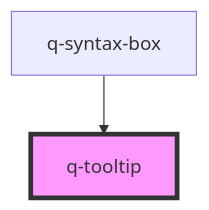
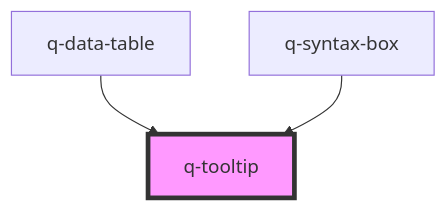
The diagram in src/components/overlays/tooltip/readme.md (XsAndre-L/WebQuark), drawn with Mermaid before and after one commit. The commit also changed other lines of this file and 18 other files, not shown here.

Commit message:
Add data table row actions and sorting

````diff
--- a/src/components/overlays/tooltip/readme.md
+++ b/src/components/overlays/tooltip/readme.md
@@ -24,5 +25,6 @@
 ```mermaid
 graph TD;
+  q-data-table --> q-tooltip
   q-syntax-box --> q-tooltip
   style q-tooltip fill:#f9f,stroke:#333,stroke-width:4px
 ```
````
